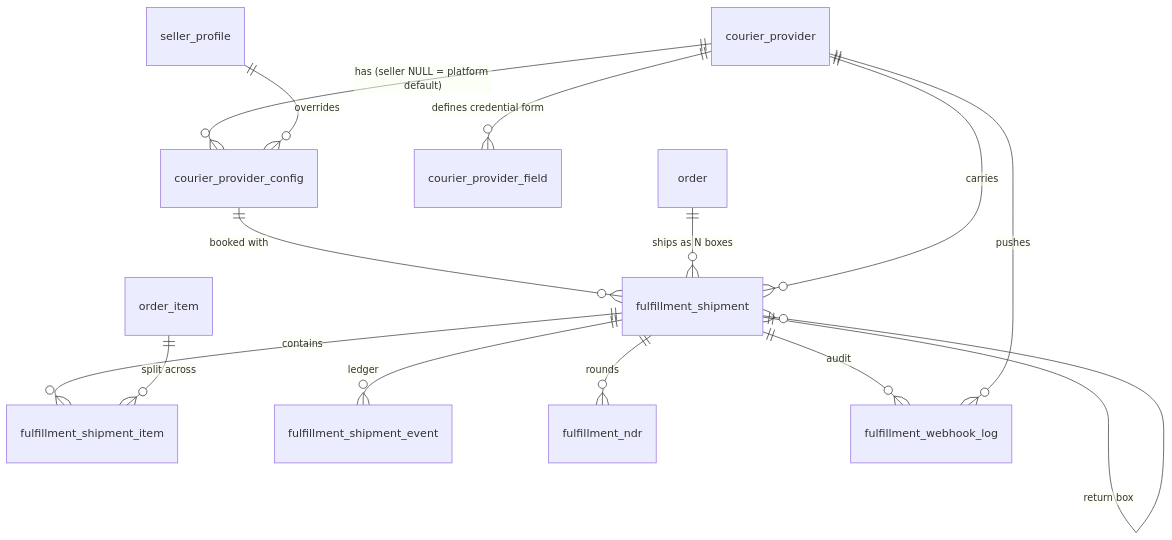
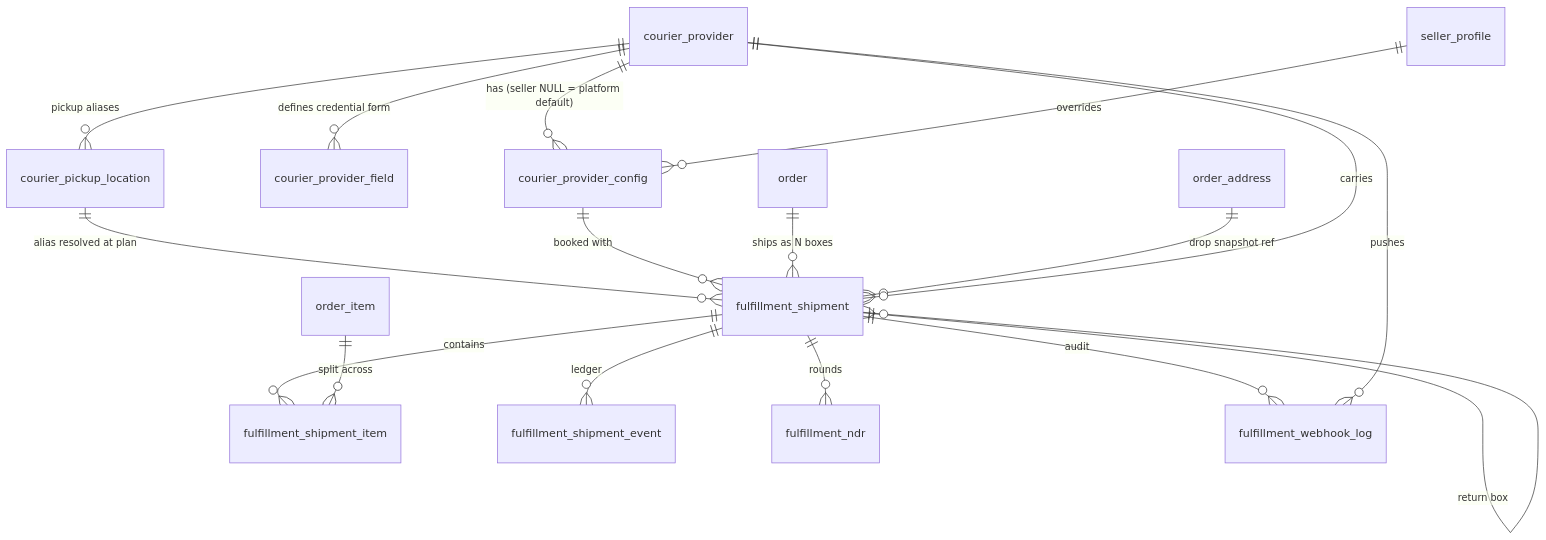
One commit to Zatu-ecom/ecommerce-be changed the first of 6 diagrams in specs/013-courier-fulfillment-platform/data-model.md. Above: the diagram before and after it, drawn with Mermaid. The commit also changed other lines of this file and 1 other file, not shown here.

Commit message:
docs(fulfillment): update service design and data model to include location-based auto-planning and per-tenant auto-book flag

````diff
--- a/specs/013-courier-fulfillment-platform/data-model.md
+++ b/specs/013-courier-fulfillment-platform/data-model.md
@@ -10,16 +12,19 @@
 ```mermaid
 erDiagram
     courier_provider ||--o{ courier_provider_config : "has (seller NULL = platform default)"
     courier_provider ||--o{ courier_provider_field : "defines credential form"
+    courier_provider ||--o{ courier_pickup_location : "pickup aliases"
+    courier_pickup_location ||--o{ fulfillment_shipment : "alias resolved at plan"
     seller_profile ||--o{ courier_provider_config : "overrides"
     courier_provider_config ||--o{ fulfillment_shipment : "booked with"
     "order" ||--o{ fulfillment_shipment : "ships as N boxes"
+    order_address ||--o{ fulfillment_shipment : "drop snapshot ref"
     fulfillment_shipment ||--o{ fulfillment_shipment_item : "contains"
     order_item ||--o{ fulfillment_shipment_item : "split across"
     fulfillment_shipment ||--o{ fulfillment_shipment_event : "ledger"
     fulfillment_shipment ||--o{ fulfillment_ndr : "rounds"
     fulfillment_shipment ||--o{ fulfillment_shipment : "return box"
     fulfillment_shipment ||--o{ fulfillment_webhook_log : "audit"
     courier_provider ||--o{ fulfillment_shipment : "carries"
     courier_provider ||--o{ fulfillment_webhook_log : "pushes"
 ```
````
